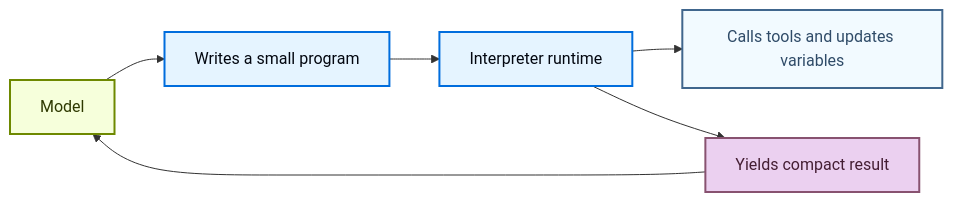
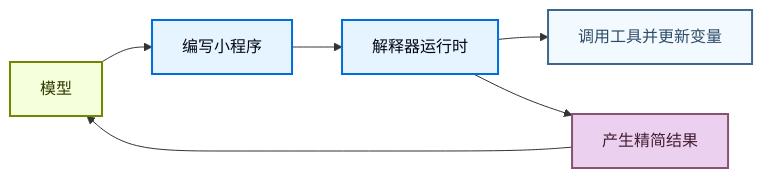
The first of 2 diagrams in oss/python/deepagents/interpreters.mdx (CodeFly16/langchain-cn-doc), drawn with Mermaid before and after one commit. The commit also changed other lines of this file and 106 other files, not shown here.

````diff
--- a/oss/python/deepagents/interpreters.mdx
+++ b/oss/python/deepagents/interpreters.mdx
@@ -33,18 +33,18 @@
 ```mermaid
 graph LR
-    Model[Model] --> Program[Writes a small program]
-    Program --> Runtime[Interpreter runtime]
-    Runtime --> Tools[Calls tools and updates variables]
-    Runtime --> Result[Yields compact result]
+    Model[模型] --> Program[编写小程序]
+    Program --> Runtime[解释器运行时]
+    Runtime --> Tools[调用工具并更新变量]
+    Runtime --> Result[产生精简结果]
     Result --> Model
 
     classDef trigger fill:#F6FFDB,stroke:#6E8900,stroke-width:2px,color:#2E3900
     classDef process fill:#E5F4FF,stroke:#006DDD,stroke-width:2px,color:#030710
     classDef output fill:#EBD0F0,stroke:#885270,stroke-width:2px,color:#441E33
     classDef neutral fill:#F2FAFF,stroke:#40668D,stroke-width:2px,color:#2F4B68
 
     class Model trigger
     class Program,Runtime process
     class Tools neutral
     class Result output
 ```
````
